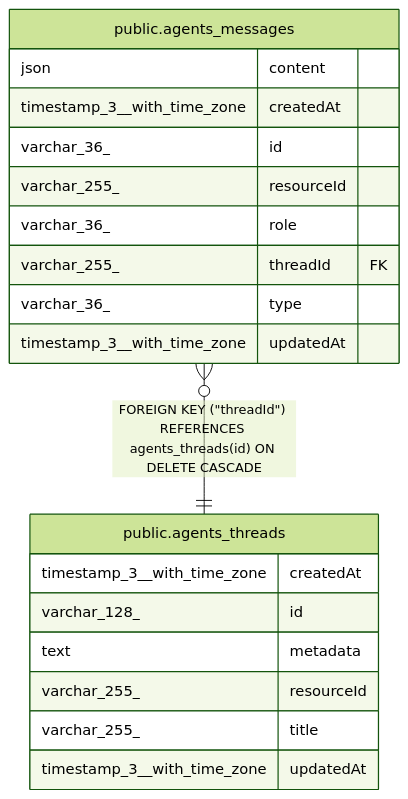
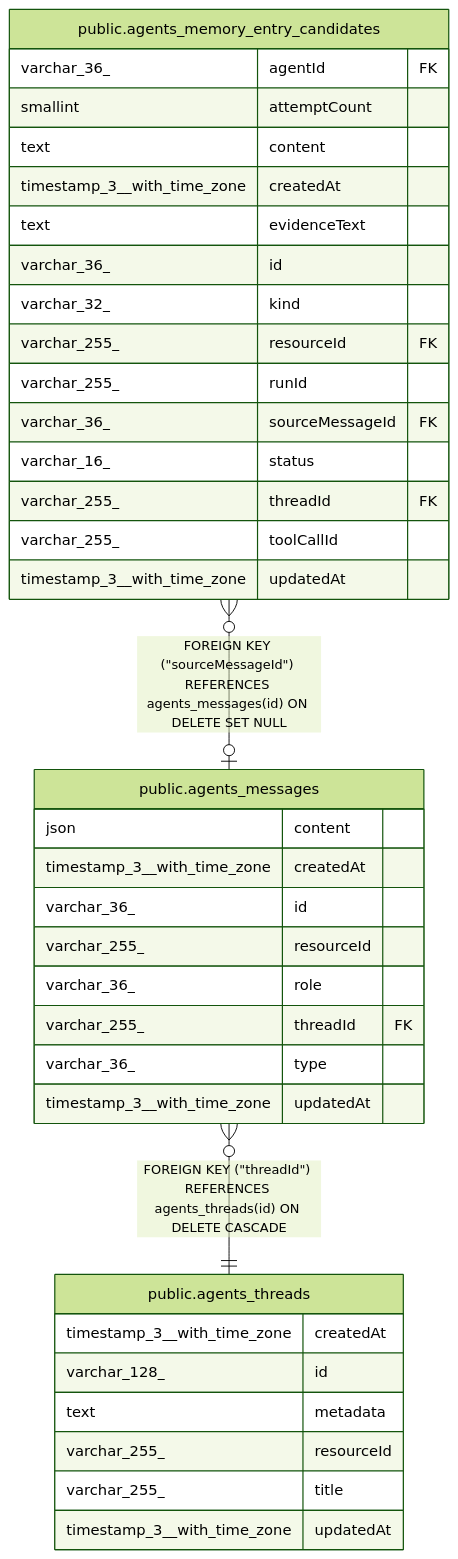
Before and after one commit to Tanishq-1/all-global-plugin: the diagram in universal-plugin/backend/oss/n8n/docs/generated/postgres-schema/public.agents_messages.md, drawn with Mermaid (forest theme). The commit also changed other lines of this file and 3199 other files, not shown here.

````diff
--- a/universal-plugin/backend/oss/n8n/docs/generated/postgres-schema/public.agents_messages.md
+++ b/universal-plugin/backend/oss/n8n/docs/generated/postgres-schema/public.agents_messages.md
@@ -40,24 +41,41 @@
 ```mermaid
 erDiagram
 
+"public.agents_memory_entry_candidates" }o--o| "public.agents_messages" : "FOREIGN KEY (#quot;sourceMessageId#quot;) REFERENCES agents_messages(id) ON DELETE SET NULL"
 "public.agents_messages" }o--|| "public.agents_threads" : "FOREIGN KEY (#quot;threadId#quot;) REFERENCES agents_threads(id) ON DELETE CASCADE"
 
 "public.agents_messages" {
   json content
   timestamp_3__with_time_zone createdAt
   varchar_36_ id
   varchar_255_ resourceId
   varchar_36_ role
   varchar_255_ threadId FK
   varchar_36_ type
   timestamp_3__with_time_zone updatedAt
 }
+"public.agents_memory_entry_candidates" {
+  varchar_36_ agentId FK
+  smallint attemptCount
+  text content
+  timestamp_3__with_time_zone createdAt
+  text evidenceText
+  varchar_36_ id
+  varchar_32_ kind
+  varchar_255_ resourceId FK
+  varchar_255_ runId
+  varchar_36_ sourceMessageId FK
+  varchar_16_ status
+  varchar_255_ threadId FK
+  varchar_255_ toolCallId
+  timestamp_3__with_time_zone updatedAt
+}
 "public.agents_threads" {
   timestamp_3__with_time_zone createdAt
   varchar_128_ id
   text metadata
   varchar_255_ resourceId
   varchar_255_ title
   timestamp_3__with_time_zone updatedAt
 }
 ```
````
